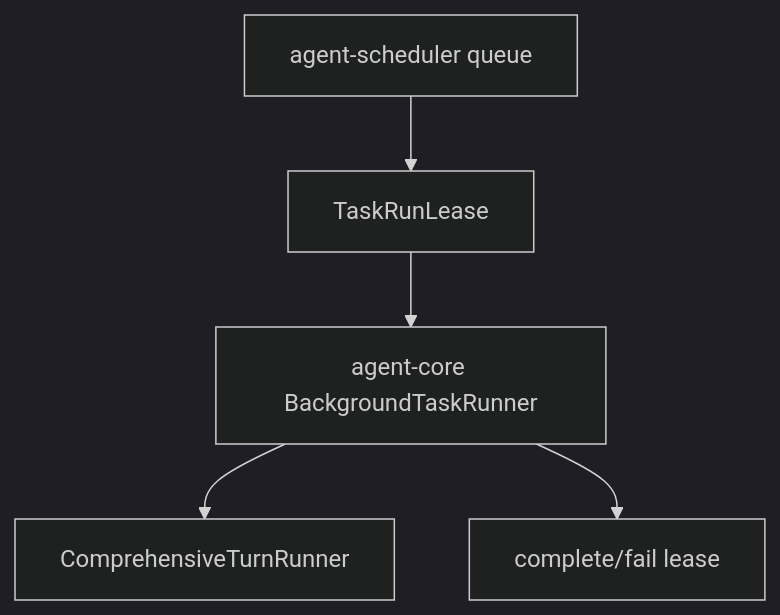
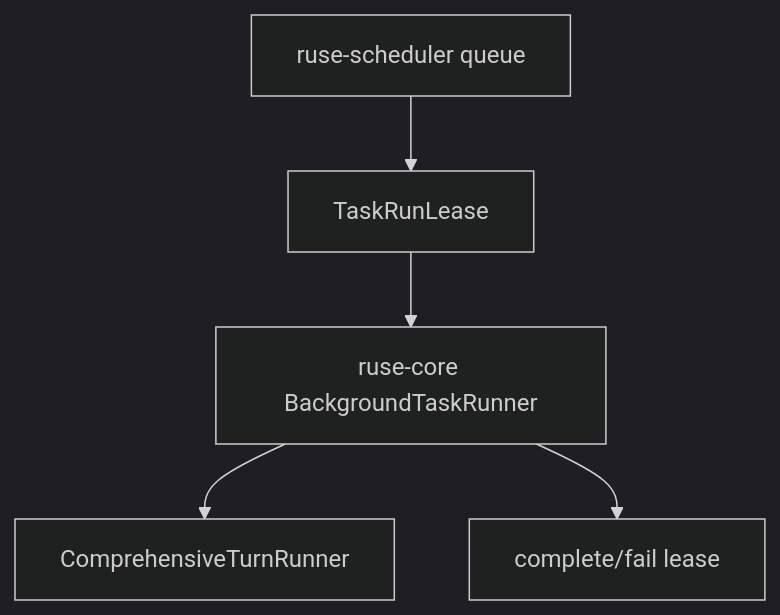
Before and after one commit to poneding/agent: the diagram in docs/specs/M24-02-background-turn-runner.spec.md, drawn with Mermaid (dark theme). The commit also changed other lines of this file and 2091 other files, not shown here.

First line of the commit message:
refactor: rename agent branding to ruse

````diff
--- a/docs/specs/M24-02-background-turn-runner.spec.md
+++ b/docs/specs/M24-02-background-turn-runner.spec.md
@@ -31,7 +31,7 @@
 ```mermaid
 flowchart TD
-  Queue["agent-scheduler queue"] --> Lease["TaskRunLease"]
-  Lease --> Runner["agent-core BackgroundTaskRunner"]
+  Queue["ruse-scheduler queue"] --> Lease["TaskRunLease"]
+  Lease --> Runner["ruse-core BackgroundTaskRunner"]
   Runner --> Turn["ComprehensiveTurnRunner"]
   Runner --> QueueDone["complete/fail lease"]
 ```
````
